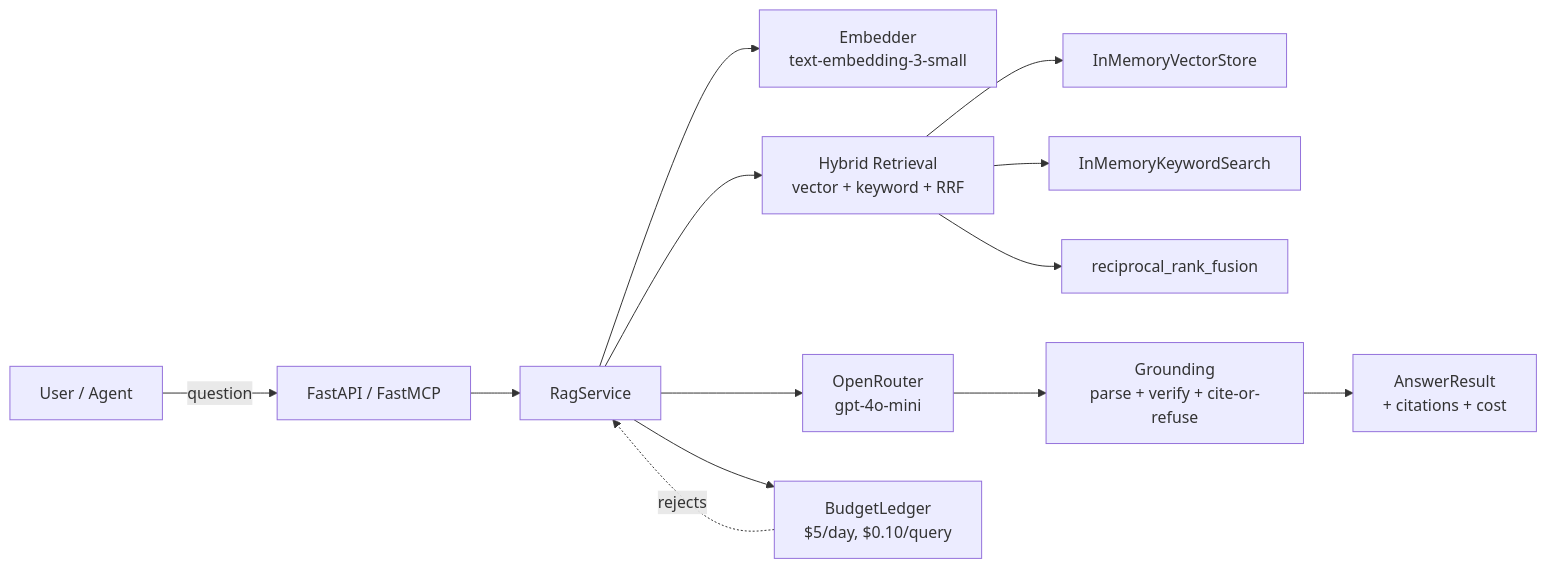
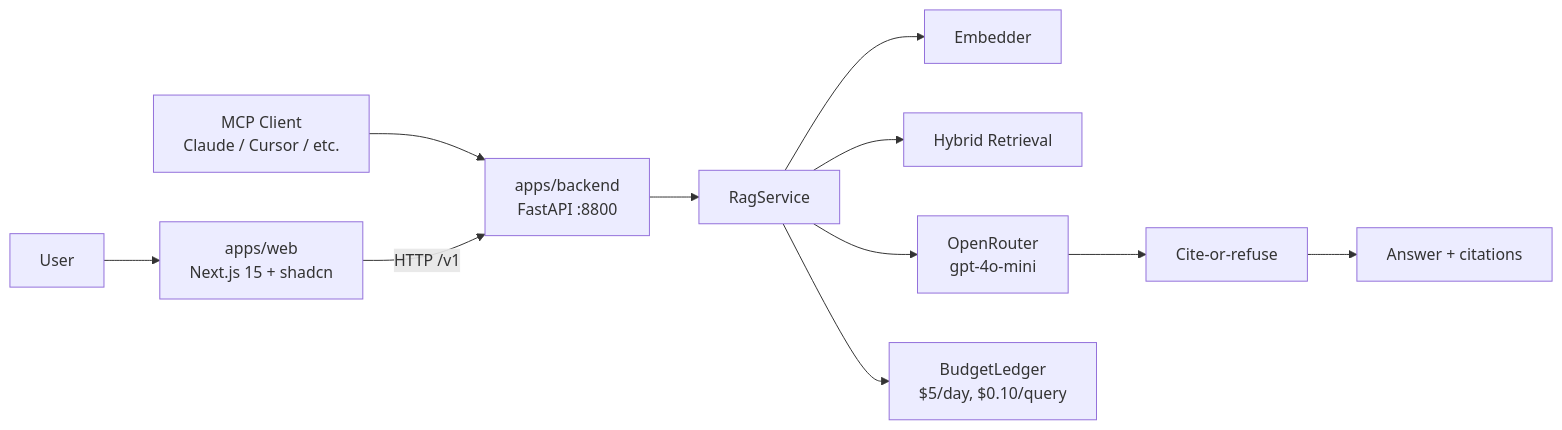
Before and after one commit to joshbarros/boilerplate-productionrag: the diagram in README.MD, drawn with Mermaid. The commit also changed other lines of this file and 94 other files, not shown here.

````diff
--- a/README.MD
+++ b/README.MD
@@ -19,15 +19,15 @@
 ```mermaid
 flowchart LR
-    User[User / Agent] -->|question| API[FastAPI / FastMCP]
+    Web[apps/web<br/>Next.js 15 + shadcn]
+    MCP[MCP Client<br/>Claude / Cursor / etc.]
+    User[User] --> Web
+    MCP --> API
+    Web -->|HTTP /v1| API[apps/backend<br/>FastAPI :8800]
     API --> Svc[RagService]
-    Svc --> Embed[Embedder<br/>text-embedding-3-small]
-    Svc --> Ret[Hybrid Retrieval<br/>vector + keyword + RRF]
-    Ret --> Vs[InMemoryVectorStore]
-    Ret --> Kw[InMemoryKeywordSearch]
-    Ret --> Fuse[reciprocal_rank_fusion]
+    Svc --> Embed[Embedder]
+    Svc --> Ret[Hybrid Retrieval]
     Svc --> LLM[OpenRouter<br/>gpt-4o-mini]
-    LLM --> Ground[Grounding<br/>parse + verify + cite-or-refuse]
-    Ground --> Cite[AnswerResult<br/>+ citations + cost]
     Svc --> Budget[BudgetLedger<br/>$5/day, $0.10/query]
-    Budget -.rejects.-> Svc
+    LLM --> Ground[Cite-or-refuse]
+    Ground --> Cite[Answer + citations]
 ```
````
